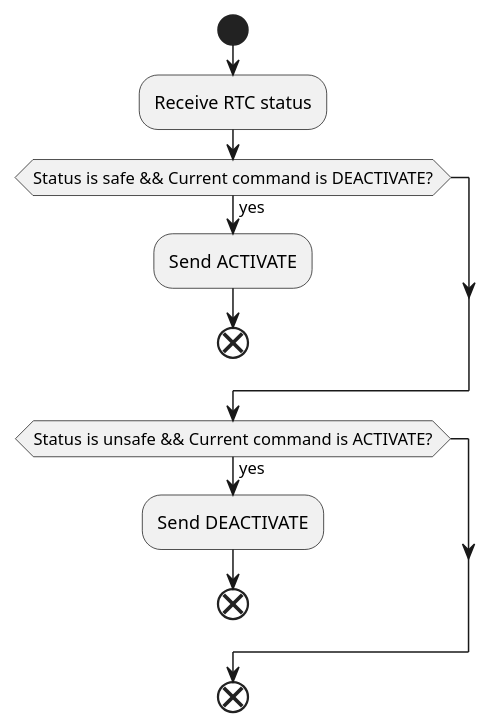
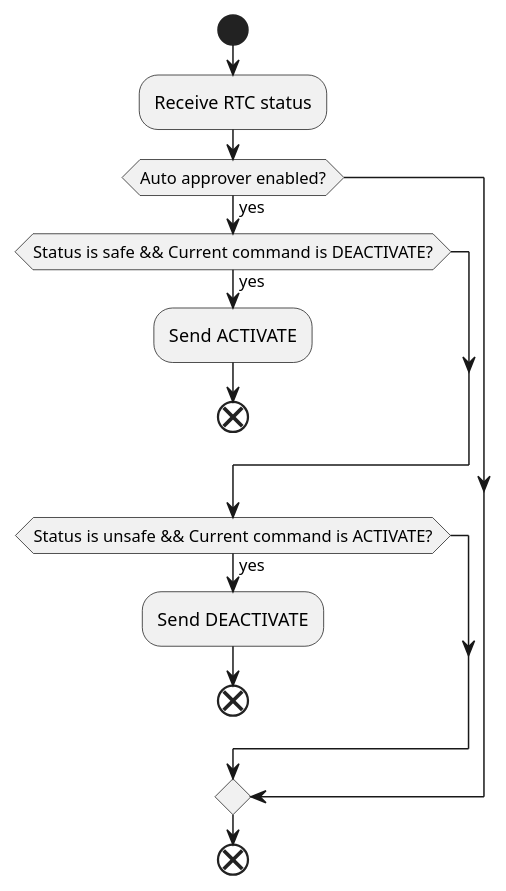
Before and after one commit to autowarefoundation/autoware.universe: the diagram in planning/rtc_auto_approver/README.md, drawn with PlantUML. The commit also changed 4 other files, not shown here.

Commit message:
feature(rtc_auto_approver): fix some document

````diff
--- a/planning/rtc_auto_approver/README.md
+++ b/planning/rtc_auto_approver/README.md
@@ -9,16 +9,17 @@
 ```plantuml
 
 start
 :Receive RTC status;
-if (Status is safe && Current command is DEACTIVATE?) then (yes)
-  :Send ACTIVATE;
-  end
+if (Auto approver enabled?) then (yes)
+  if (Status is safe && Current command is DEACTIVATE?) then (yes)
+    :Send ACTIVATE;
+    end
+  endif
+  if (Status is unsafe && Current command is ACTIVATE?) then (yes)
+    :Send DEACTIVATE;
+    end
+  endif
 endif
-if (Status is unsafe && Current command is ACTIVATE?) then (yes)
-  :Send DEACTIVATE;
-  end
-endif
-
 end
 
 ```
````
